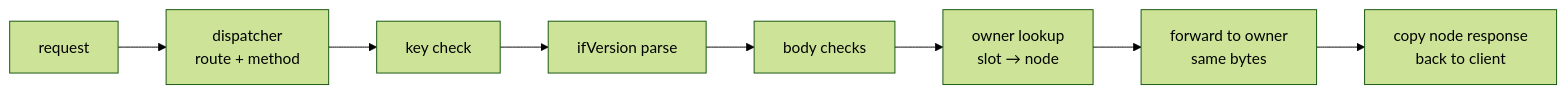
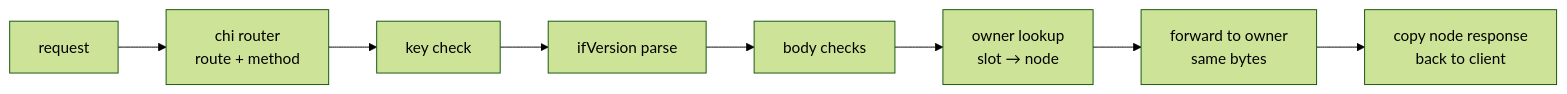
Before and after one commit to akaradat/kv-store: the third of 5 diagrams in docs/requirements/key-store-value-multi-node/solution.md, drawn with Mermaid (forest theme). The commit also changed other lines of this file and 69 other files, not shown here.

````diff
--- a/docs/requirements/key-store-value-multi-node/solution.md
+++ b/docs/requirements/key-store-value-multi-node/solution.md
@@ -71,10 +71,10 @@
 ```mermaid
 flowchart LR
-    A[request] --> B[dispatcher<br/>route + method]
+    A[request] --> B[chi router<br/>route + method]
     B --> C[key check]
     C --> D[ifVersion parse]
     D --> F[body checks]
     F --> G[owner lookup<br/>slot → node]
     G --> H[forward to owner<br/>same bytes]
     H --> I[copy node response<br/>back to client]
 ```
````
